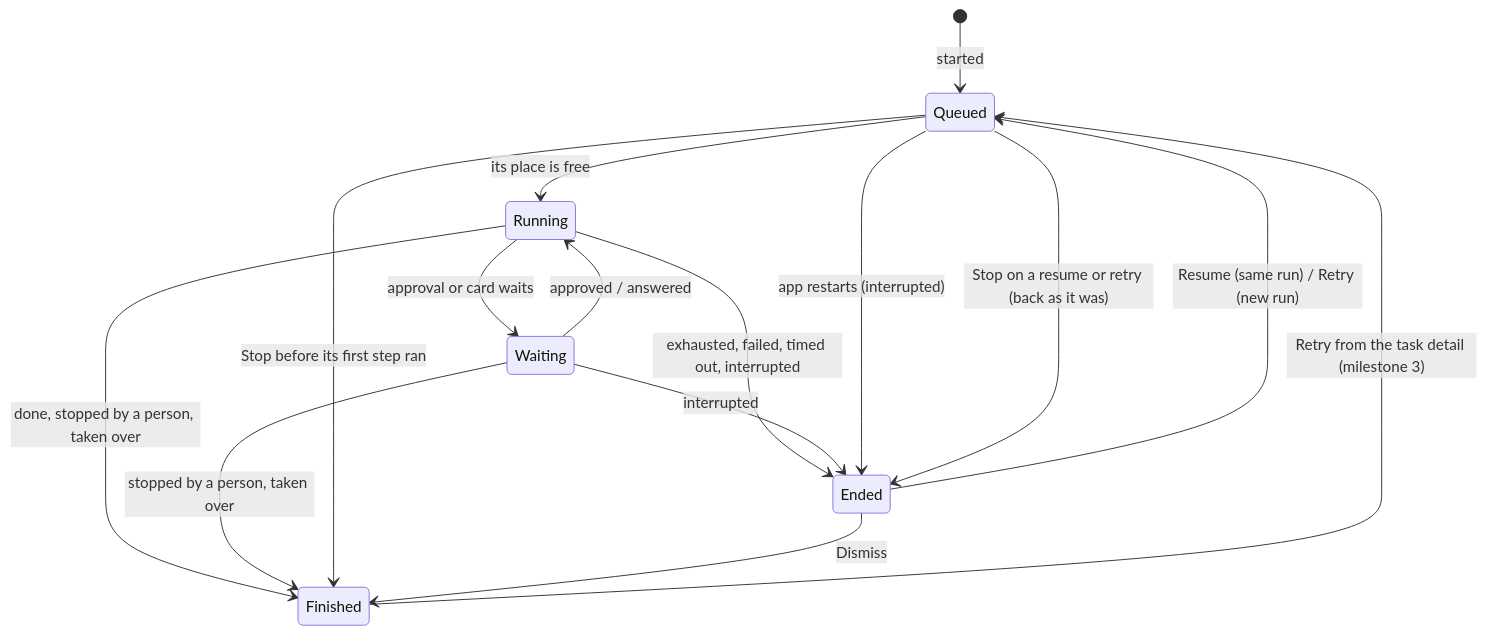
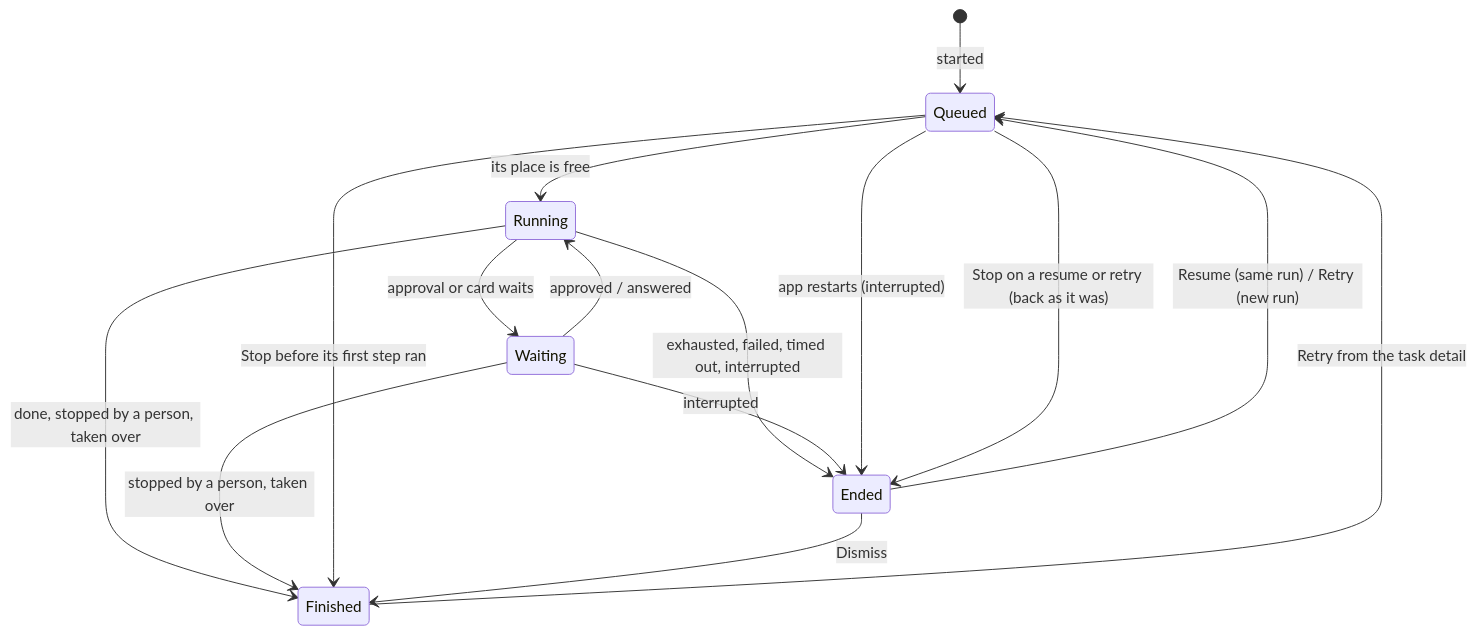
One commit to jarviisha/onehand changed the diagram in docs/tasks.md. Above: the diagram before and after it, drawn with Mermaid. The commit also changed other lines of this file and 17 other files, not shown here.

First line of the commit message:
feat(task): a task detail shows each run's visits with their output and diffs, and Retry can start from an earlier step or on a finished task (#78)

````diff
--- a/docs/tasks.md
+++ b/docs/tasks.md
@@ -75,17 +92,17 @@
 ```mermaid
 stateDiagram-v2
     [*] --> Queued: started
     Queued --> Running: its place is free
     Running --> Waiting: approval or card waits
     Waiting --> Running: approved / answered
     Running --> Ended: exhausted, failed, timed out, interrupted
     Running --> Finished: done, stopped by a person, taken over
     Waiting --> Finished: stopped by a person, taken over
     Waiting --> Ended: interrupted
     Queued --> Ended: app restarts (interrupted)
     Queued --> Finished: Stop before its first step ran
     Queued --> Ended: Stop on a resume or retry (back as it was)
     Ended --> Queued: Resume (same run) / Retry (new run)
     Ended --> Finished: Dismiss
-    Finished --> Queued: Retry from the task detail (milestone 3)
+    Finished --> Queued: Retry from the task detail
 ```
````
